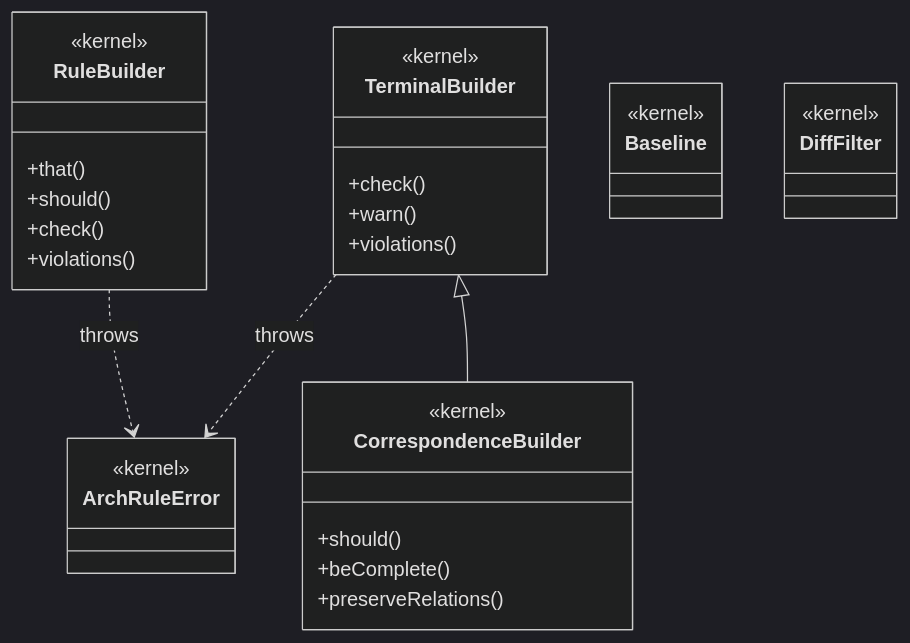
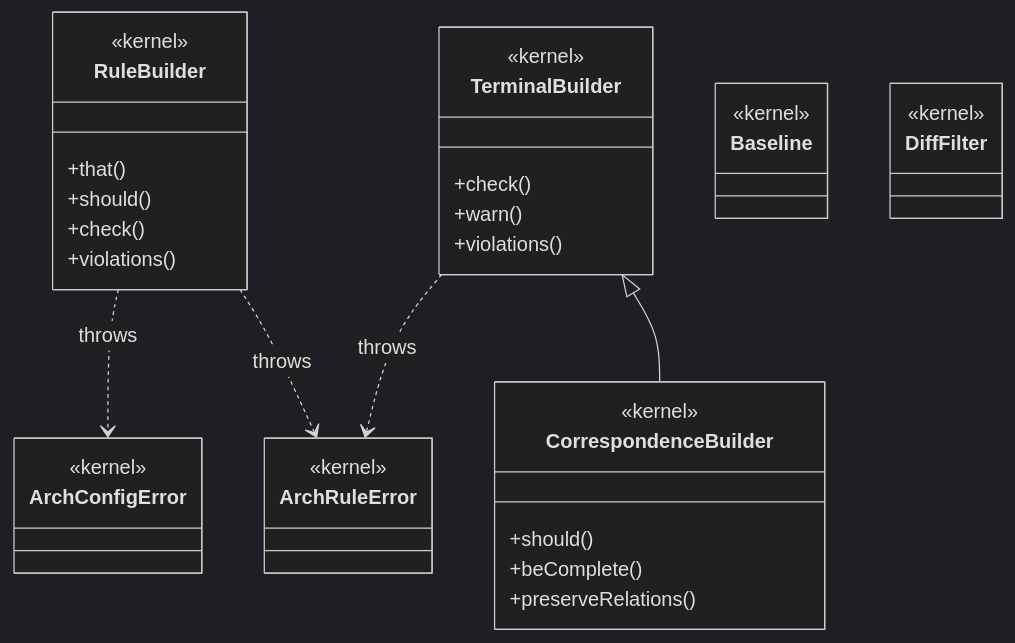
The diagram in docs/architecture.mmd (nielspeter/eess), drawn with Mermaid (dark theme) before and after one commit. The commit also changed 22 other files, not shown here.

```diff
--- a/docs/architecture.mmd
+++ b/docs/architecture.mmd
@@ -1,43 +1,48 @@
 classDiagram
 %% eess kernel architecture — the @nielspeter/eess classes (plan 0060 charter:
 %% this diagram depicts packages/core/src classes, declared a-priori; it is
 %% cross-validated against the code by scripts/check-crossval.mjs in BOTH
 %% directions. A class added to the kernel must be added here, and vice versa.
 
 class RuleBuilder {
   <<kernel>>
   +that()
   +should()
   +check()
   +violations()
 }
 
 class TerminalBuilder {
   <<kernel>>
   +check()
   +warn()
   +violations()
 }
 
 class CorrespondenceBuilder {
   <<kernel>>
   +should()
   +beComplete()
   +preserveRelations()
 }
 
 class Baseline {
   <<kernel>>
 }
 
 class DiffFilter {
   <<kernel>>
 }
 
 class ArchRuleError {
   <<kernel>>
 }
 
+class ArchConfigError {
+  <<kernel>>
+}
+
 TerminalBuilder <|-- CorrespondenceBuilder
 RuleBuilder ..> ArchRuleError : throws
 TerminalBuilder ..> ArchRuleError : throws
+RuleBuilder ..> ArchConfigError : throws
```
